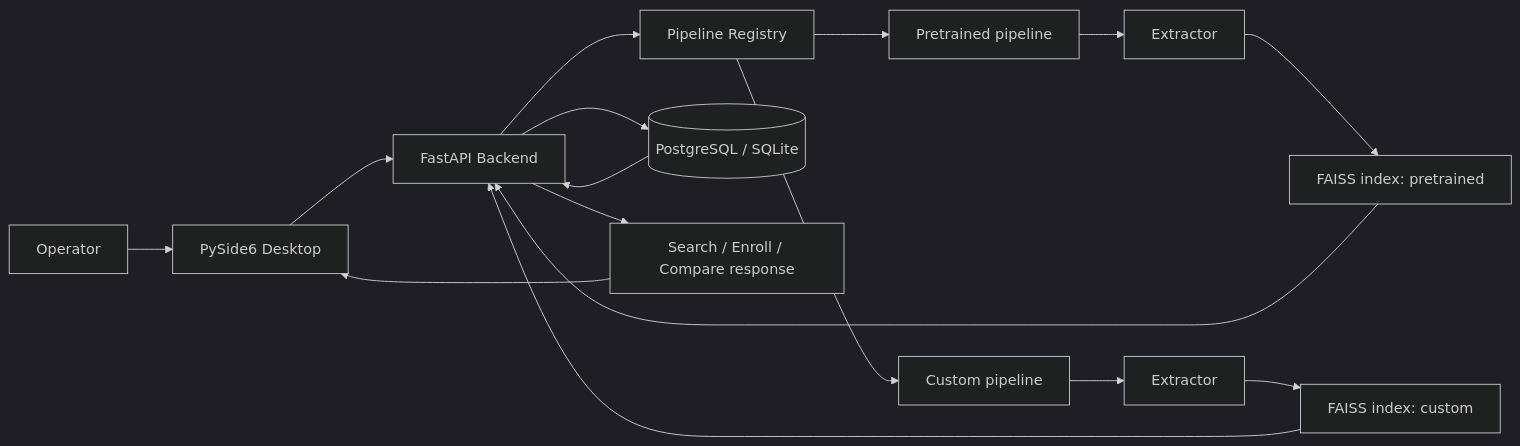
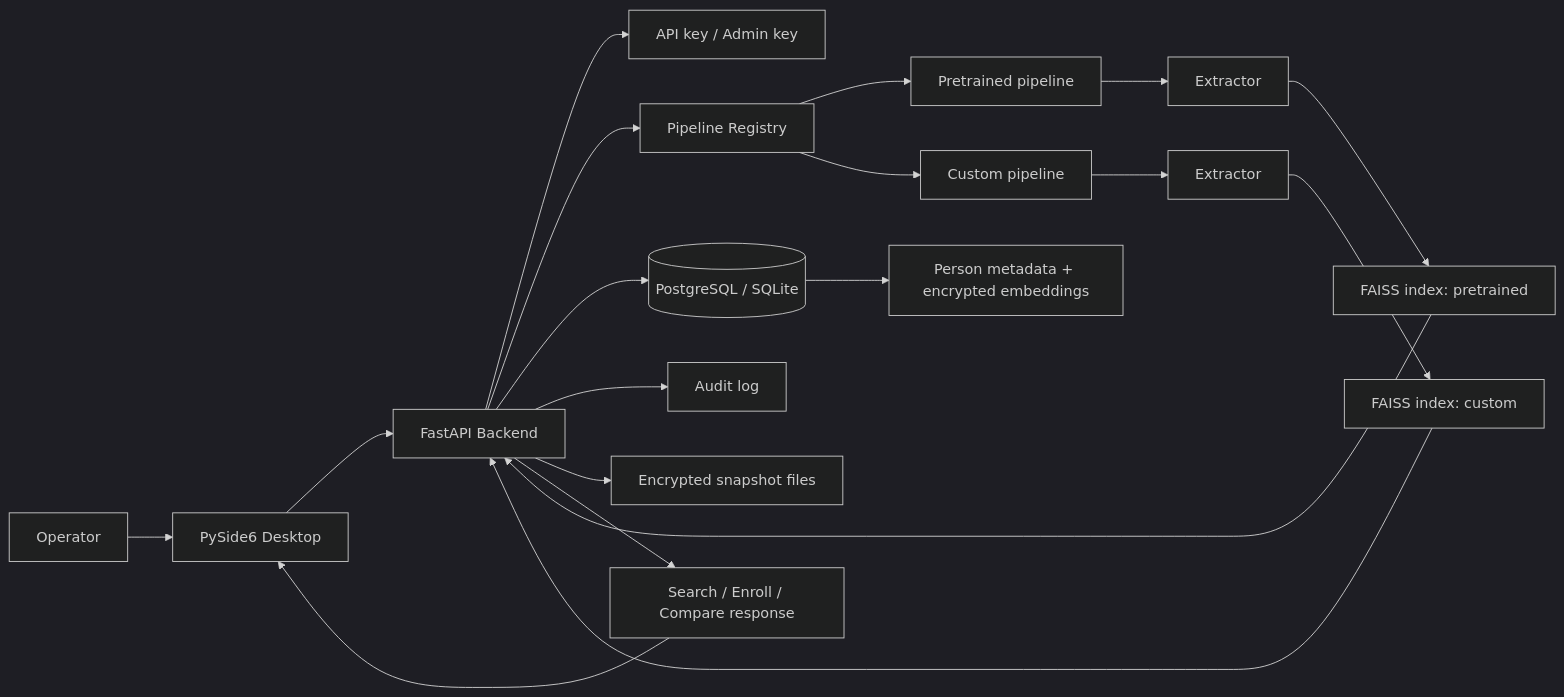
The diagram in Obsidian_Diploma_Vault/04_Diagrams/01_System_Architecture_Diagram.md (buytheaway/DiplomaWork), drawn with Mermaid (dark theme) before and after one commit. The commit also changed other lines of this file and 46 other files, not shown here.

````diff
--- a/Obsidian_Diploma_Vault/04_Diagrams/01_System_Architecture_Diagram.md
+++ b/Obsidian_Diploma_Vault/04_Diagrams/01_System_Architecture_Diagram.md
@@ -10,23 +10,26 @@
 ```mermaid
 flowchart LR
     U[Operator] --> D[PySide6 Desktop]
     D --> API[FastAPI Backend]
 
+    API --> AUTH[API key / Admin key]
     API --> REG[Pipeline Registry]
     REG --> PRE[Pretrained pipeline]
     REG --> CUS[Custom pipeline]
 
     PRE --> EXT1[Extractor]
     CUS --> EXT2[Extractor]
 
     EXT1 --> IDX1[FAISS index: pretrained]
     EXT2 --> IDX2[FAISS index: custom]
 
     API --> DB[(PostgreSQL / SQLite)]
+    API --> AUD[Audit log]
+    API --> SNAP[Encrypted snapshot files]
+
+    DB --> META[Person metadata + encrypted embeddings]
     IDX1 --> API
     IDX2 --> API
-    DB --> API
-
     API --> RESP[Search / Enroll / Compare response]
     RESP --> D
 ```
````
